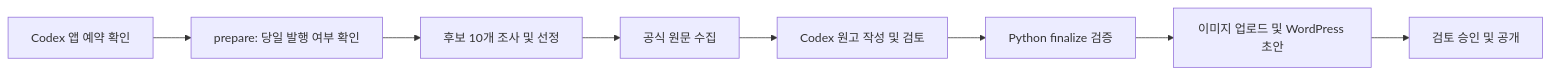
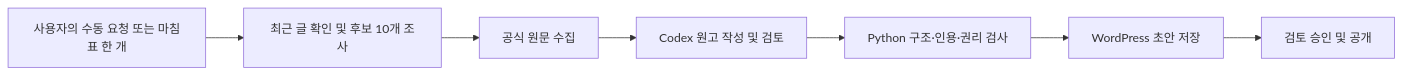
One commit to SYeob/blog-automation changed the diagram in README.md. Above: the diagram before and after it, drawn with Mermaid. The commit also changed other lines of this file and 16 other files, not shown here.

````diff
--- a/README.md
+++ b/README.md
@@ -21,10 +23,9 @@
 ```mermaid
 flowchart LR
-    A[Codex 앱 예약 확인] --> B[prepare: 당일 발행 여부 확인]
-    B --> C[후보 10개 조사 및 선정]
-    C --> D[공식 원문 수집]
-    D --> E[Codex 원고 작성 및 검토]
-    E --> F[Python finalize 검증]
-    F --> G[이미지 업로드 및 WordPress 초안]
-    G --> H[검토 승인 및 공개]
+    A[사용자의 수동 요청 또는 마침표 한 개] --> B[최근 글 확인 및 후보 10개 조사]
+    B --> C[공식 원문 수집]
+    C --> D[Codex 원고 작성 및 검토]
+    D --> E[Python 구조·인용·권리 검사]
+    E --> F[WordPress 초안 저장]
+    F --> G[검토 승인 및 공개]
 ```
````
